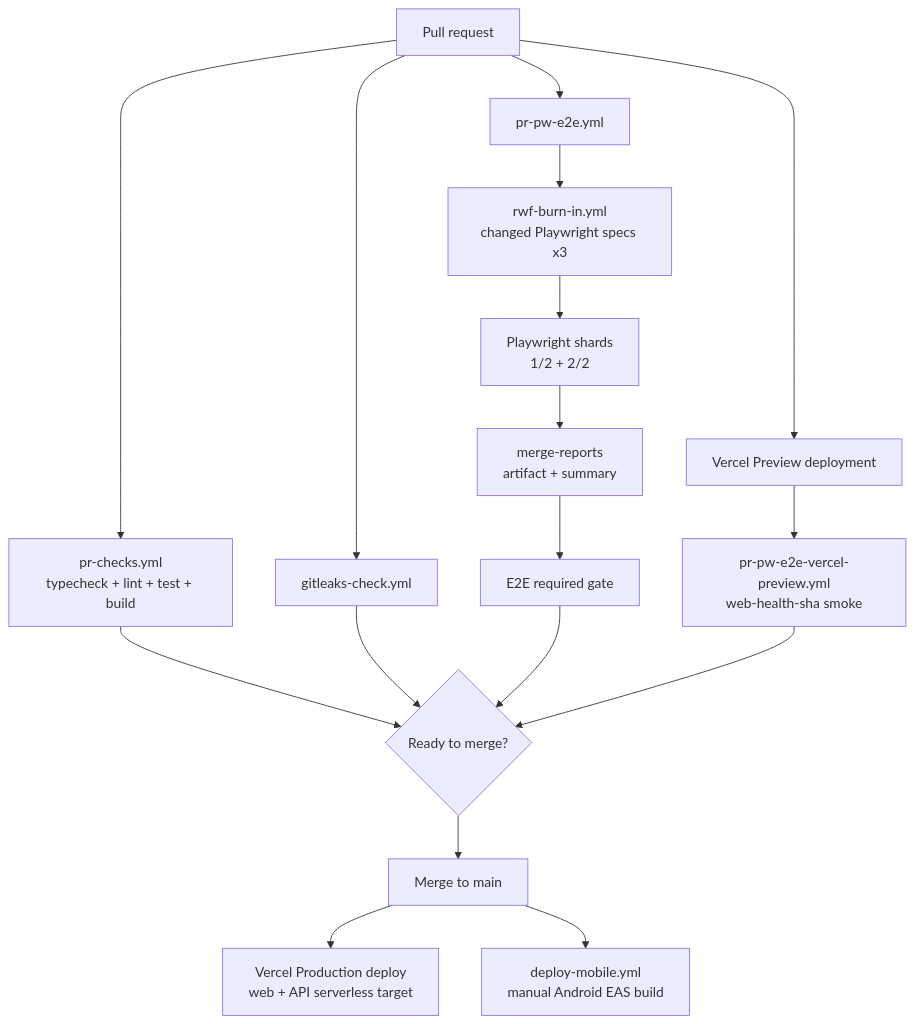
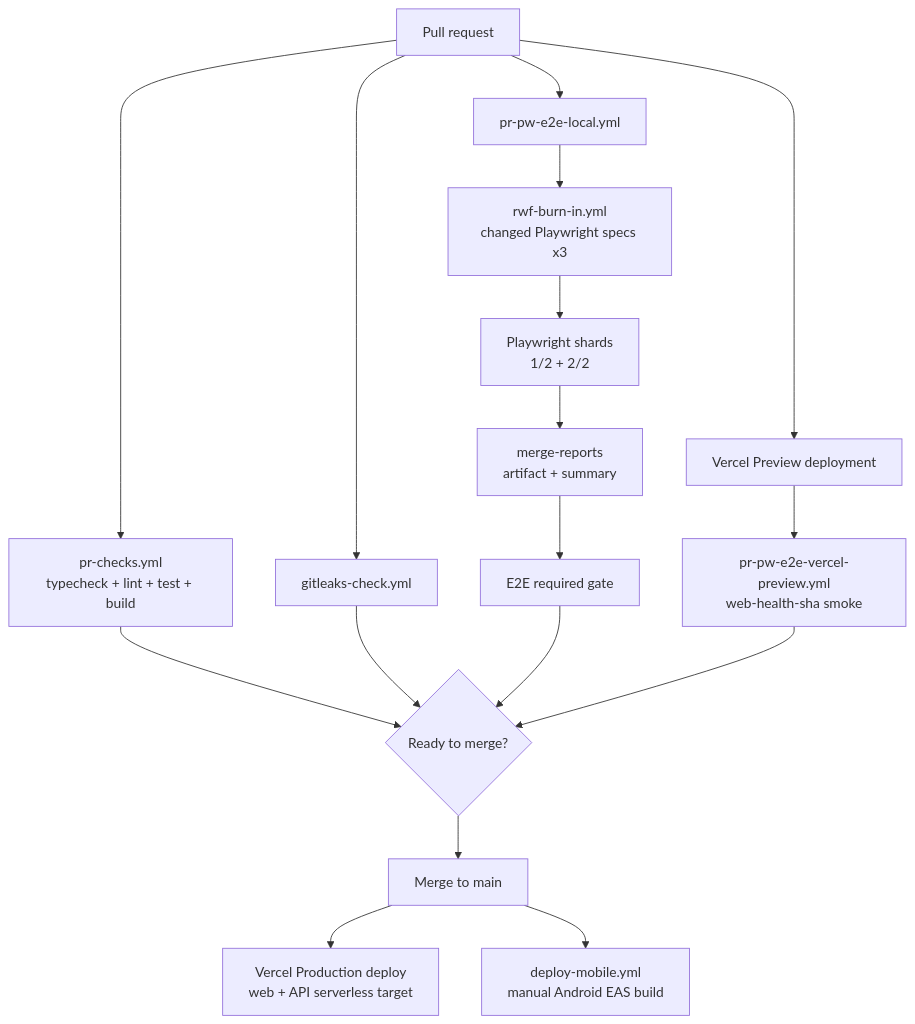
The seventh of 12 diagrams in docs/learning-path-step-by-step.md (muratkeremozcan/couture-cast), drawn with Mermaid before and after one commit. The commit also changed other lines of this file and 13 other files, not shown here.

````diff
--- a/docs/learning-path-step-by-step.md
+++ b/docs/learning-path-step-by-step.md
@@ -477,23 +477,23 @@
 ```mermaid
 flowchart TD
   PR[Pull request] --> PRCHECKS[pr-checks.yml<br/>typecheck + lint + test + build]
   PR --> GITLEAKS[gitleaks-check.yml]
-  PR --> E2E[pr-pw-e2e.yml]
+  PR --> E2E[pr-pw-e2e-local.yml]
 
   E2E --> BURNIN[rwf-burn-in.yml<br/>changed Playwright specs x3]
   BURNIN --> SHARDS[Playwright shards<br/>1/2 + 2/2]
   SHARDS --> MERGE_REPORTS[merge-reports<br/>artifact + summary]
   MERGE_REPORTS --> E2E_GATE[E2E required gate]
 
   PR --> PREVIEW[Vercel Preview deployment]
   PREVIEW --> PREVIEW_SMOKE[pr-pw-e2e-vercel-preview.yml<br/>web-health-sha smoke]
 
   PRCHECKS --> READY{Ready to merge?}
   GITLEAKS --> READY
   E2E_GATE --> READY
   PREVIEW_SMOKE --> READY
 
   READY --> MAIN[Merge to main]
   MAIN --> PROD[Vercel Production deploy<br/>web + API serverless target]
   MAIN --> MOBILE[deploy-mobile.yml<br/>manual Android EAS build]
 ```
````
